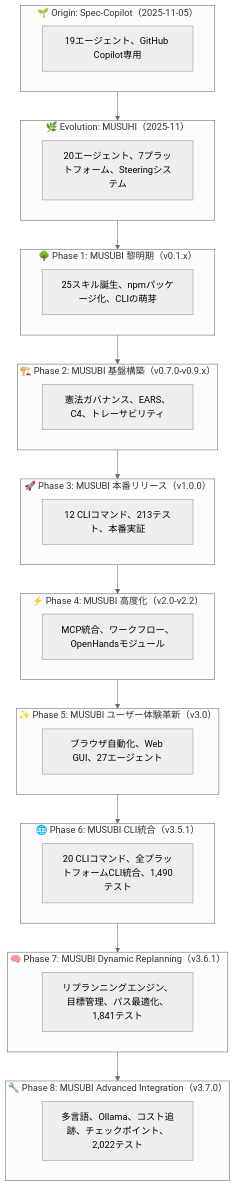
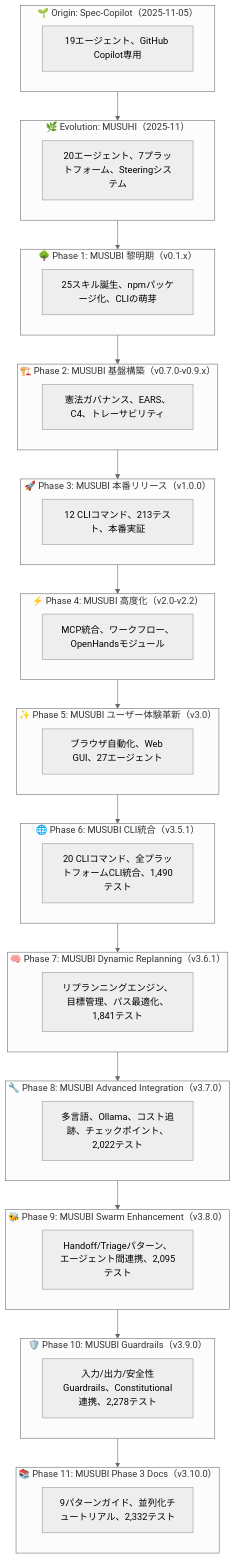
One commit to nahisaho/MUSUBI changed the sixth of 6 diagrams in docs/Qiita/MUSUBI-Complete-Evolution-History.md. Above: the diagram before and after it, drawn with Mermaid (neutral theme). The commit also changed other lines of this file, not shown here.

First line of the commit message:
docs: update Qiita evolution history with v3.8.0-v3.10.0

````diff
--- a/docs/Qiita/MUSUBI-Complete-Evolution-History.md
+++ b/docs/Qiita/MUSUBI-Complete-Evolution-History.md
@@ -1598,34 +2029,43 @@
 ```mermaid
 flowchart TB
     subgraph Origin["🌱 Origin: Spec-Copilot（2025-11-05）"]
         O1["19エージェント、GitHub Copilot専用"]
     end
     subgraph Evolution["🌿 Evolution: MUSUHI（2025-11）"]
         E1["20エージェント、7プラットフォーム、Steeringシステム"]
     end
     subgraph Phase1["🌳 Phase 1: MUSUBI 黎明期（v0.1.x）"]
         P1["25スキル誕生、npmパッケージ化、CLIの萌芽"]
     end
     subgraph Phase2["🏗️ Phase 2: MUSUBI 基盤構築（v0.7.0-v0.9.x）"]
         P2["憲法ガバナンス、EARS、C4、トレーサビリティ"]
     end
     subgraph Phase3["🚀 Phase 3: MUSUBI 本番リリース（v1.0.0）"]
         P3["12 CLIコマンド、213テスト、本番実証"]
     end
     subgraph Phase4["⚡ Phase 4: MUSUBI 高度化（v2.0-v2.2）"]
         P4["MCP統合、ワークフロー、OpenHandsモジュール"]
     end
     subgraph Phase5["✨ Phase 5: MUSUBI ユーザー体験革新（v3.0）"]
         P5["ブラウザ自動化、Web GUI、27エージェント"]
     end
     subgraph Phase6["🌐 Phase 6: MUSUBI CLI統合（v3.5.1）"]
         P6["20 CLIコマンド、全プラットフォームCLI統合、1,490テスト"]
     end
     subgraph Phase7["🧠 Phase 7: MUSUBI Dynamic Replanning（v3.6.1）"]
         P7["リプランニングエンジン、目標管理、パス最適化、1,841テスト"]
     end
     subgraph Phase8["🔧 Phase 8: MUSUBI Advanced Integration（v3.7.0）"]
         P8["多言語、Ollama、コスト追跡、チェックポイント、2,022テスト"]
     end
-    Origin --> Evolution --> Phase1 --> Phase2 --> Phase3 --> Phase4 --> Phase5 --> Phase6 --> Phase7 --> Phase8
+    subgraph Phase9["🐝 Phase 9: MUSUBI Swarm Enhancement（v3.8.0）"]
+        P9["Handoff/Triageパターン、エージェント間連携、2,095テスト"]
+    end
+    subgraph Phase10["🛡️ Phase 10: MUSUBI Guardrails（v3.9.0）"]
+        P10["入力/出力/安全性Guardrails、Constitutional連携、2,278テスト"]
+    end
+    subgraph Phase11["📚 Phase 11: MUSUBI Phase 3 Docs（v3.10.0）"]
+        P11["9パターンガイド、並列化チュートリアル、2,332テスト"]
+    end
+    Origin --> Evolution --> Phase1 --> Phase2 --> Phase3 --> Phase4 --> Phase5 --> Phase6 --> Phase7 --> Phase8 --> Phase9 --> Phase10 --> Phase11
 ```
````
